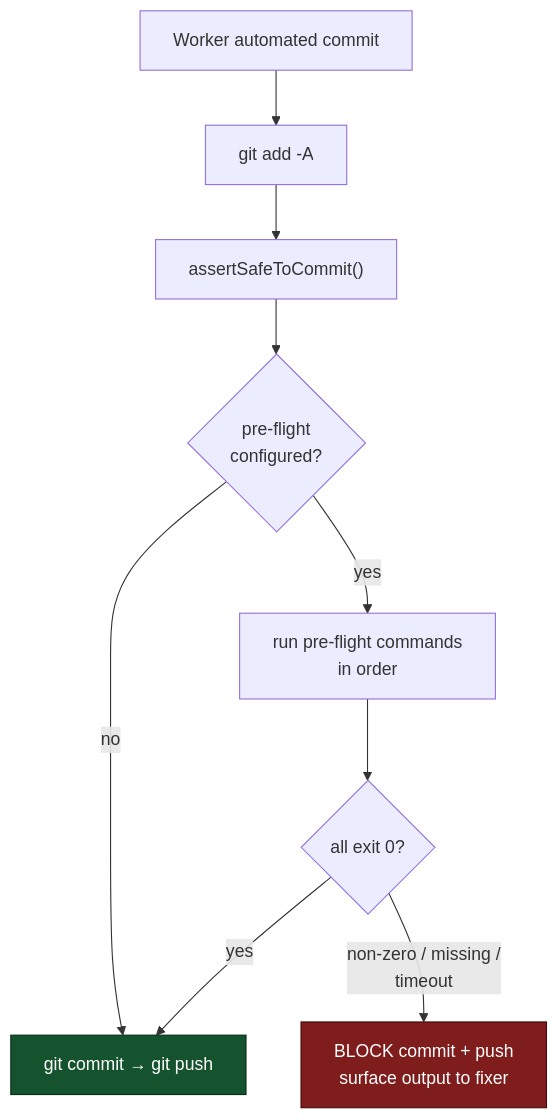
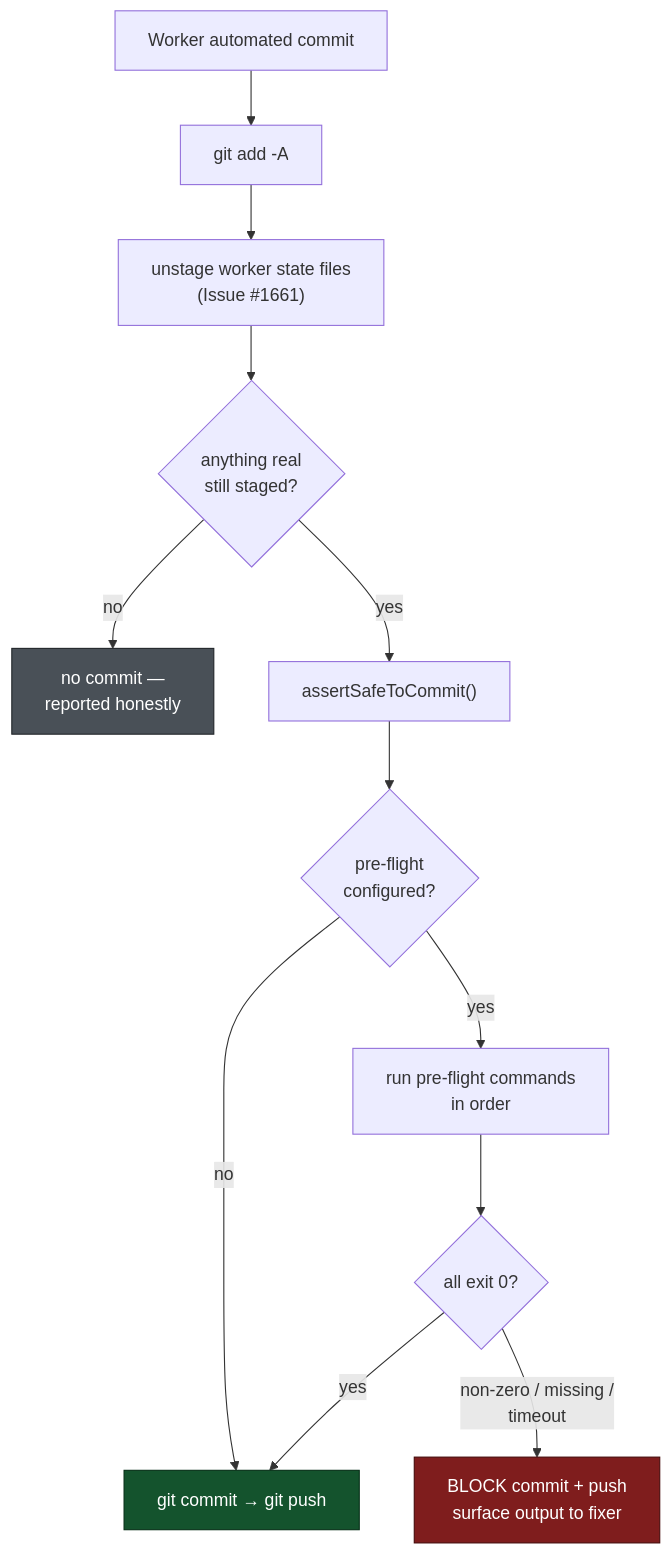
Diagram 18 of 21 in docs/CONFIGURATION.md (stSoftwareAU/VibeCoder), drawn with Mermaid before and after one commit. The commit also changed other lines of this file and 2 other files, not shown here.

Commit message:
Address standards review: reuse warnings helper, refresh the chokepoint diagram (Issue #1661)
- Test suite now uses the shared capturingWarningsAsync helper instead of a
  local copy of the console.warn swap.
- docs/CONFIGURATION.md's pre-flight sequence diagram and prose now show the
  unstaging step and the "nothing real staged" skip.
- Reworded the comment above the commit guard so it describes the branch it
  actually sits on.

Vibe-Coder-Run-Id: vibe-mtt3xki5-184245

````diff
--- a/docs/CONFIGURATION.md
+++ b/docs/CONFIGURATION.md
@@ -3727,13 +3730,17 @@
 ```mermaid
 flowchart TD
     A["Worker automated commit"] --> B["git add -A"]
-    B --> C["assertSafeToCommit()"]
+    B --> W["unstage worker state files<br/>(Issue #1661)"]
+    W --> N{"anything real<br/>still staged?"}
+    N -->|no| S["no commit —<br/>reported honestly"]
+    N -->|yes| C["assertSafeToCommit()"]
     C --> D{"pre-flight<br/>configured?"}
     D -->|no| G["git commit → git push"]
     D -->|yes| E["run pre-flight commands<br/>in order"]
     E --> F{"all exit 0?"}
     F -->|yes| G
     F -->|"non-zero / missing /<br/>timeout"| H["BLOCK commit + push<br/>surface output to fixer"]
     style H fill:#7f1d1d,stroke:#450a0a,color:#fff
     style G fill:#14532d,stroke:#052e16,color:#fff
+    style S fill:#495057,stroke:#212529,color:#fff
 ```
````
